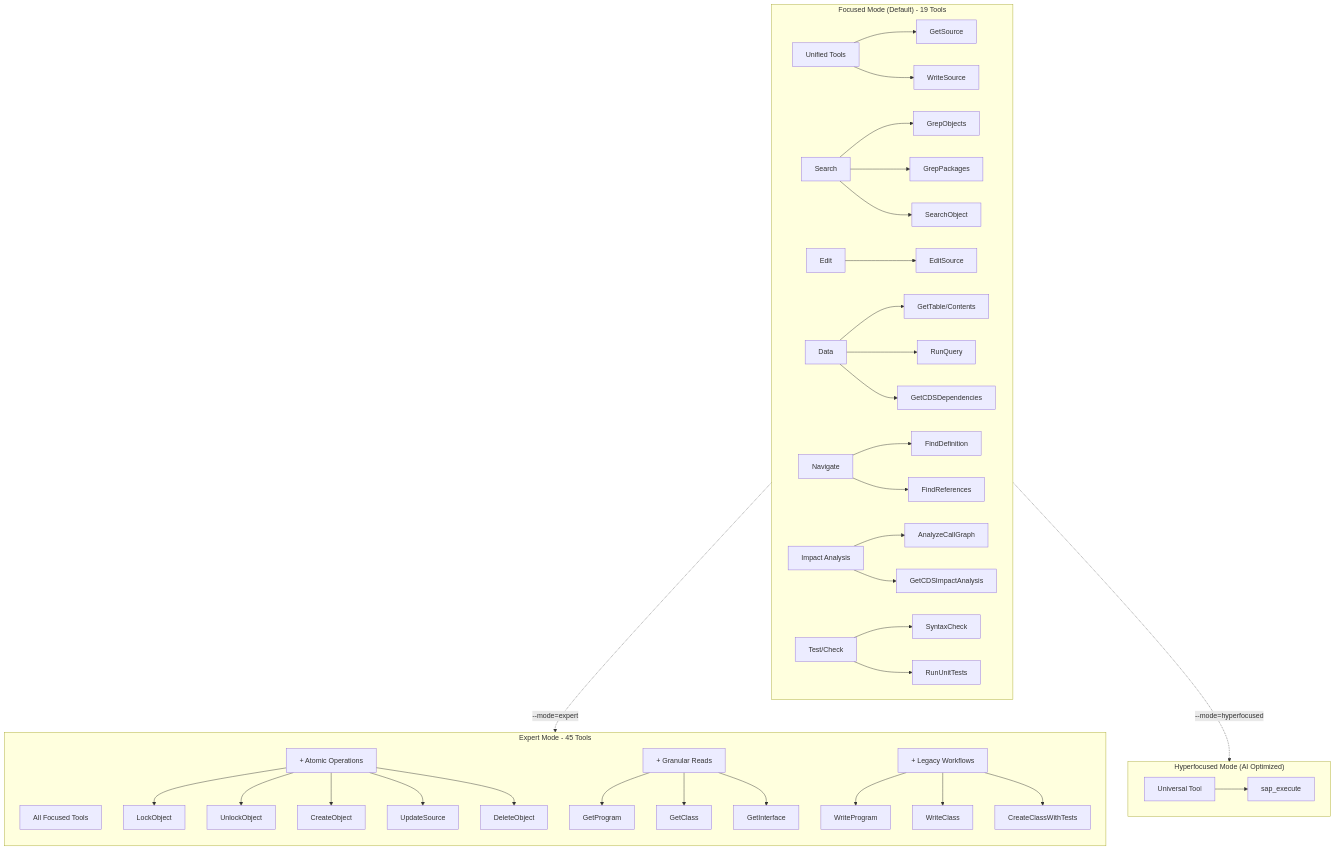
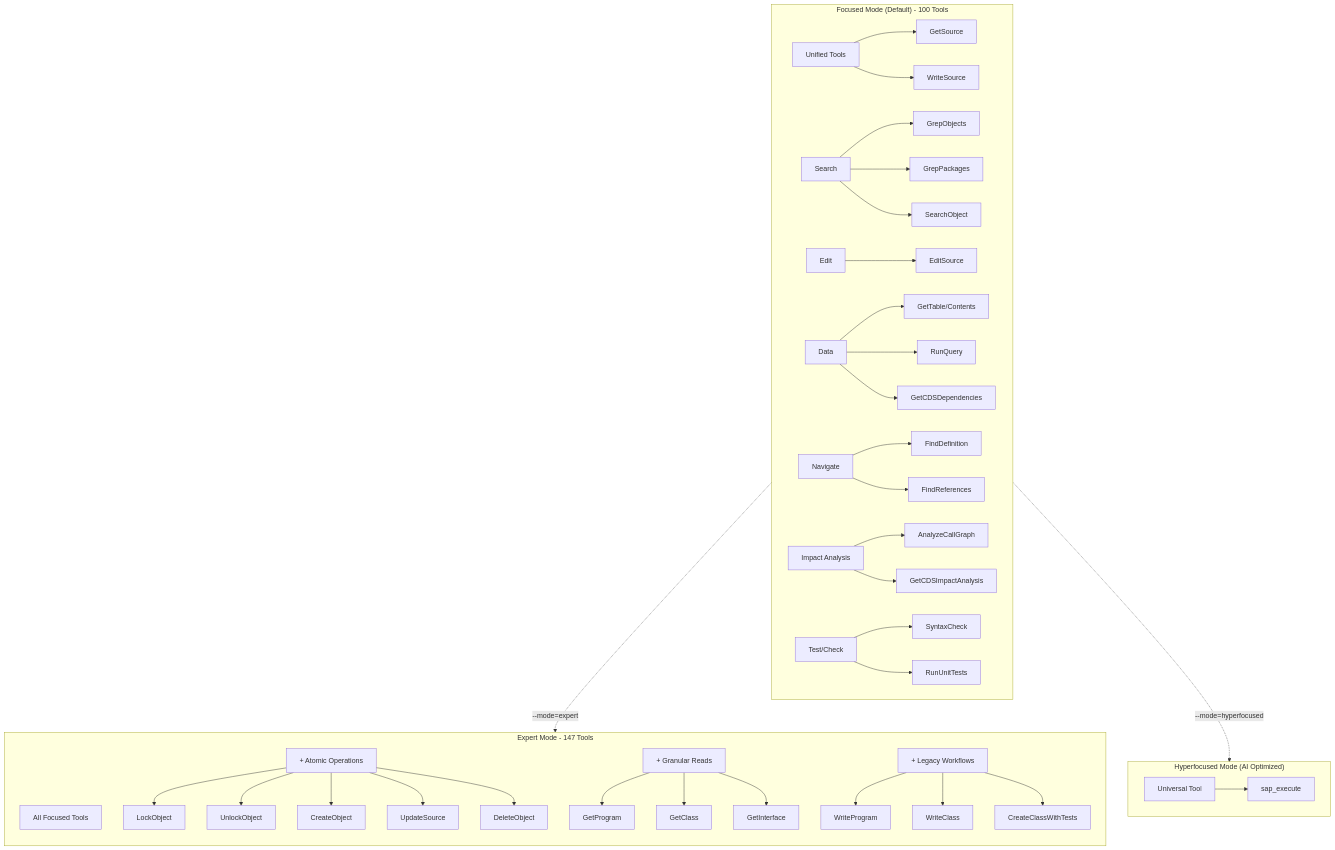
Before and after one commit to 5throck/abap_vibe_coding: the first of 6 diagrams in docs/mcp_usage.md, drawn with Mermaid. The commit also changed other lines of this file and 5 other files, not shown here.

````diff
--- a/docs/mcp_usage.md
+++ b/docs/mcp_usage.md
@@ -61,62 +61,62 @@
 ```mermaid
 flowchart TD
-    subgraph Focused["Focused Mode (Default) - 19 Tools"]
+    subgraph Focused["Focused Mode (Default) - 100 Tools"]
         U[Unified Tools]
         U --> GS[GetSource]
         U --> WS[WriteSource]
 
         S[Search]
         S --> GO[GrepObjects]
         S --> GP[GrepPackages]
         S --> SO[SearchObject]
 
         E[Edit]
         E --> ES[EditSource]
 
         D[Data]
         D --> GT[GetTable/Contents]
         D --> RQ[RunQuery]
         D --> CD[GetCDSDependencies]
 
         N[Navigate]
         N --> FD[FindDefinition]
         N --> FR[FindReferences]
 
         I[Impact Analysis]
         I --> AC[AnalyzeCallGraph]
         I --> CI[GetCDSImpactAnalysis]
 
         T[Test/Check]
         T --> SC[SyntaxCheck]
         T --> UT[RunUnitTests]
     end
 
-    subgraph Expert["Expert Mode - 45 Tools"]
+    subgraph Expert["Expert Mode - 147 Tools"]
         direction TB
         F[All Focused Tools]
         A[+ Atomic Operations]
         A --> LO[LockObject]
         A --> UO[UnlockObject]
         A --> CO[CreateObject]
         A --> US[UpdateSource]
         A --> DO[DeleteObject]
 
         G[+ Granular Reads]
         G --> GP2[GetProgram]
         G --> GC[GetClass]
         G --> GI[GetInterface]
 
         W[+ Legacy Workflows]
         W --> WP[WriteProgram]
         W --> WC[WriteClass]
         W --> CC[CreateClassWithTests]
     end
 
     subgraph Hyperfocused["Hyperfocused Mode (AI Optimized)"]
         U2[Universal Tool]
         U2 --> SAP[sap_execute]
     end
 
     Focused -.->|--mode=expert| Expert
     Focused -.->|--mode=hyperfocused| Hyperfocused
 ```
````
